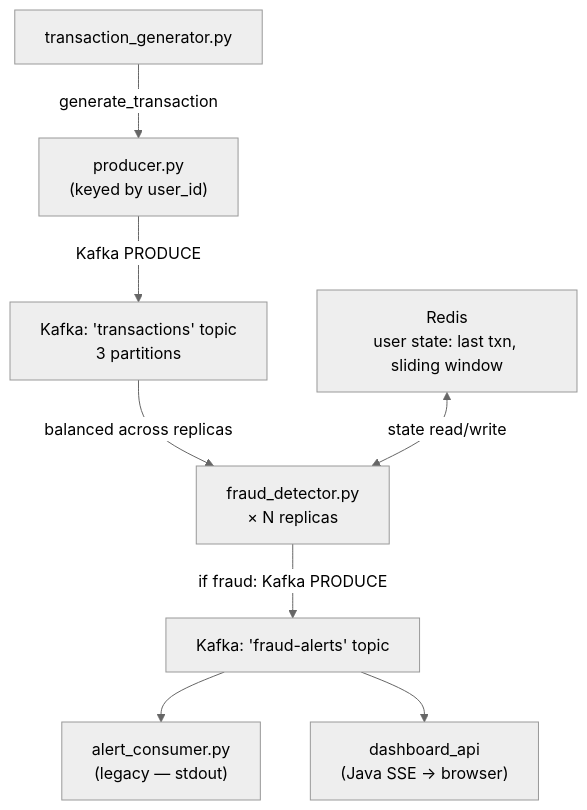
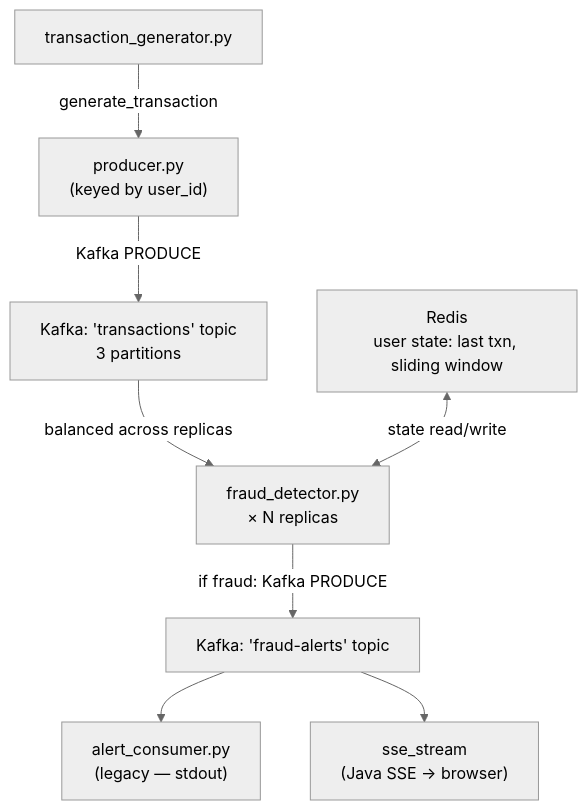
Before and after one commit to Mathew270/Fraud-Detection: the third of 3 diagrams in documentation/workers.md, drawn with Mermaid (neutral theme). The commit also changed other lines of this file and 43 other files, not shown here.

Commit message:
Refactor dashboard_api to sse_stream and fix build configs

````diff
--- a/documentation/workers.md
+++ b/documentation/workers.md
@@ -294,19 +294,19 @@
 ```mermaid
 flowchart TD
     TxGen[transaction_generator.py]
     Producer["producer.py\n(keyed by user_id)"]
     KafkaTx["Kafka: 'transactions' topic\n3 partitions"]
     FraudDetector["fraud_detector.py\n× N replicas"]
     Redis["Redis\nuser state: last txn, sliding window"]
     KafkaAlerts["Kafka: 'fraud-alerts' topic"]
     AlertConsumer["alert_consumer.py\n(legacy — stdout)"]  
-    DashboardAPI["dashboard_api\n(Java SSE → browser)"]
+    SseStream["sse_stream\n(Java SSE → browser)"]
 
     TxGen -->|generate_transaction| Producer
     Producer -->|Kafka PRODUCE| KafkaTx
     KafkaTx -->|balanced across replicas| FraudDetector
     Redis <-->|state read/write| FraudDetector
     FraudDetector -->|if fraud: Kafka PRODUCE| KafkaAlerts
     KafkaAlerts --> AlertConsumer
-    KafkaAlerts --> DashboardAPI
+    KafkaAlerts --> SseStream
 ```
````
